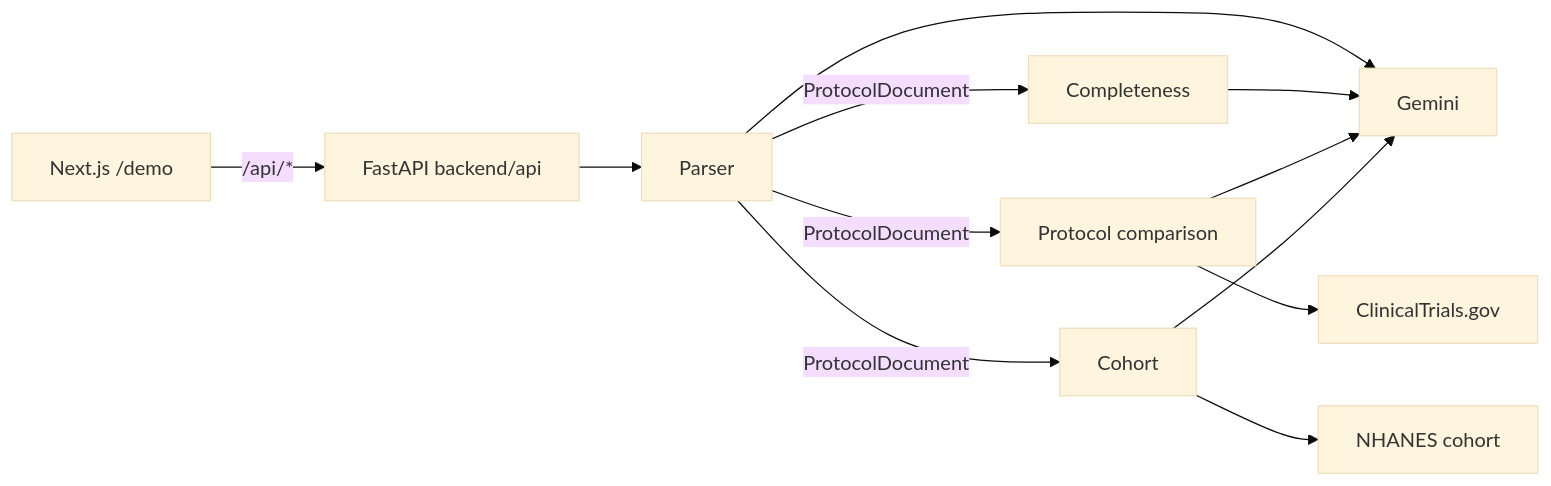
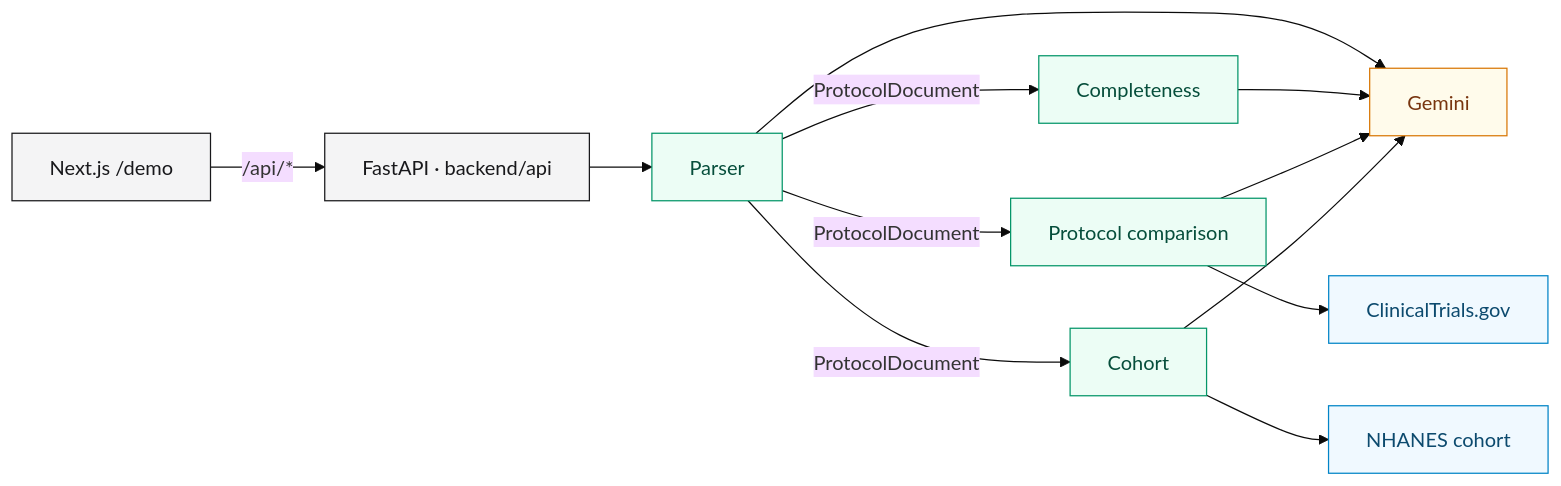
One commit to elmerescandon/spanish-ai-agentverse changed the diagram in README.md. Above: the diagram before and after it, drawn with Mermaid (base theme). The commit also changed other lines of this file and 1 other file, not shown here.

````diff
--- a/README.md
+++ b/README.md
@@ -32,11 +66,20 @@
 ```mermaid
 flowchart LR
-    UI["Next.js /demo"] -->|"/api/*"| API["FastAPI backend/api"]
+    UI["Next.js /demo"] -->|"/api/*"| API["FastAPI · backend/api"]
     API --> P["Parser"]
     P -->|ProtocolDocument| C["Completeness"]
     P -->|ProtocolDocument| PC["Protocol comparison"]
     P -->|ProtocolDocument| CO["Cohort"]
     P & C & PC & CO --> G["Gemini"]
     PC --> CT["ClinicalTrials.gov"]
     CO --> N["NHANES cohort"]
+
+    classDef app fill:#f4f4f5,stroke:#18181b,color:#18181b
+    classDef agent fill:#ecfdf5,stroke:#059669,color:#064e3b
+    classDef llm fill:#fffbeb,stroke:#d97706,color:#78350f
+    classDef data fill:#f0f9ff,stroke:#0284c7,color:#0c4a6e
+    class UI,API app
+    class P,C,PC,CO agent
+    class G llm
+    class CT,N data
 ```
````
